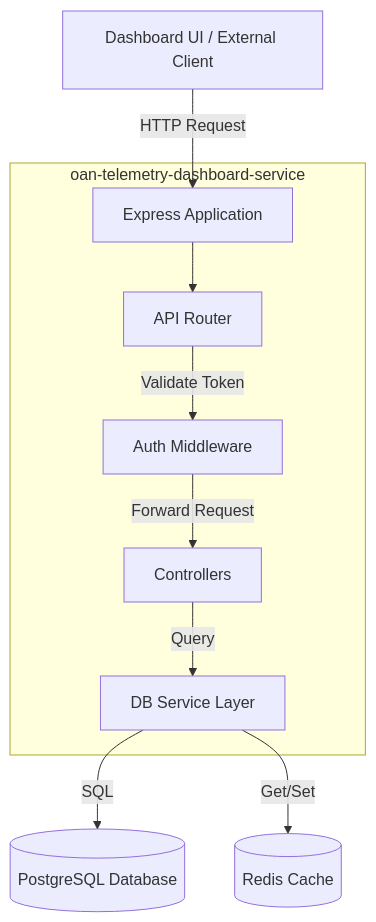
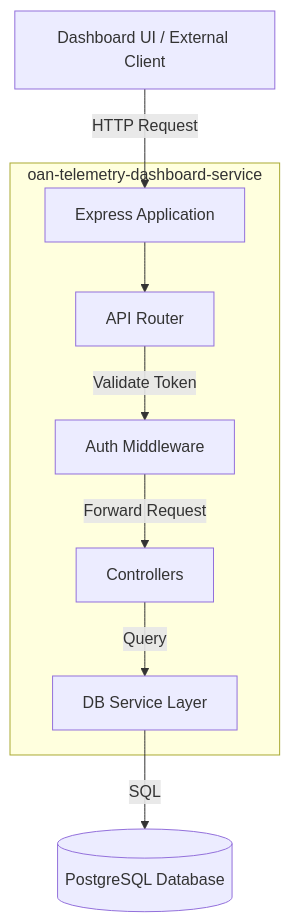
The diagram in TECHNICAL_DOCUMENTATION.md (OpenAgriNet/oan-telemetry-dashboard-service), drawn with Mermaid before and after one commit. The commit also changed other lines of this file, not shown here.

````diff
--- a/TECHNICAL_DOCUMENTATION.md
+++ b/TECHNICAL_DOCUMENTATION.md
@@ -23,23 +23,21 @@
 ```mermaid
 graph TD
     Client[Dashboard UI / External Client]
     
     subgraph "oan-telemetry-dashboard-service"
         ExpressApp[Express Application]
         Router[API Router]
         AuthMW[Auth Middleware]
         Controllers[Controllers]
         DBService[DB Service Layer]
     end
     
     Postgres[(PostgreSQL Database)]
-    Redis[(Redis Cache)]
 
     Client -->|HTTP Request| ExpressApp
     ExpressApp --> Router
     Router -->|Validate Token| AuthMW
     AuthMW -->|Forward Request| Controllers
     Controllers -->|Query| DBService
     DBService -->|SQL| Postgres
-    DBService -->|Get/Set| Redis
 ```
````
